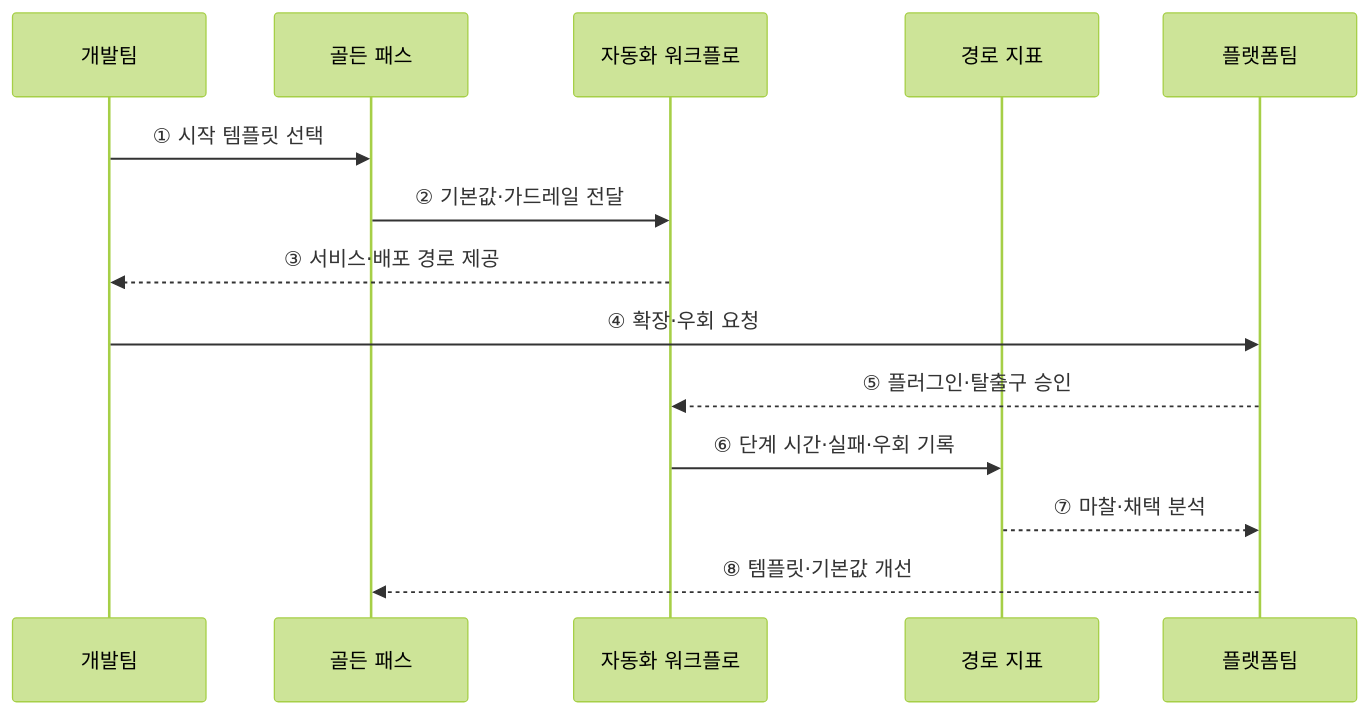
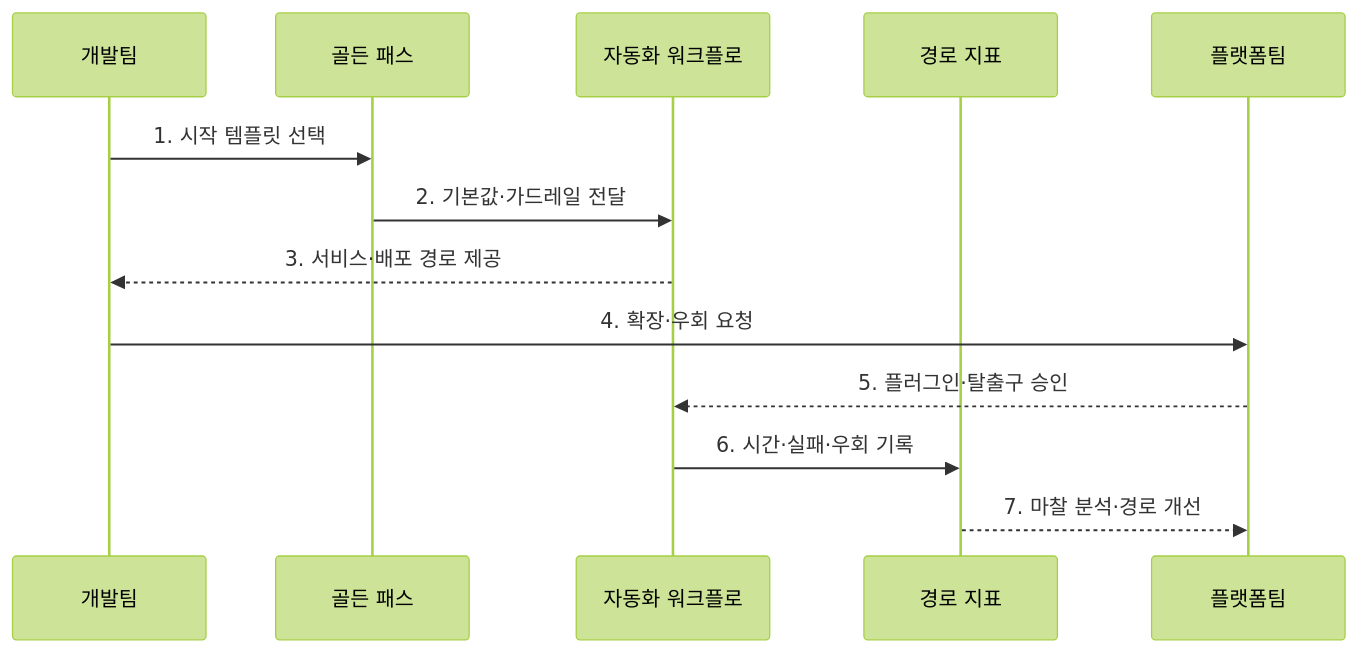
Before and after one commit to agnusdei1207/knowledge-base: the second of 2 diagrams in src/content/docs/notes/03-software/083_internal_developer_platform_golden_path.md, drawn with Mermaid (forest theme). The commit also changed other lines of this file and 20 other files, not shown here.

````diff
--- a/src/content/docs/notes/03-software/083_internal_developer_platform_golden_path.md
+++ b/src/content/docs/notes/03-software/083_internal_developer_platform_golden_path.md
@@ -68,16 +79,15 @@
 ```mermaid
 sequenceDiagram
     participant D as 개발팀
     participant P as 골든 패스
     participant W as 자동화 워크플로
     participant M as 경로 지표
     participant A as 플랫폼팀
-    D->>P: ① 시작 템플릿 선택
-    P->>W: ② 기본값·가드레일 전달
-    W-->>D: ③ 서비스·배포 경로 제공
-    D->>A: ④ 확장·우회 요청
-    A-->>W: ⑤ 플러그인·탈출구 승인
-    W->>M: ⑥ 단계 시간·실패·우회 기록
-    M-->>A: ⑦ 마찰·채택 분석
-    A-->>P: ⑧ 템플릿·기본값 개선
+    D->>P: 1. 시작 템플릿 선택
+    P->>W: 2. 기본값·가드레일 전달
+    W-->>D: 3. 서비스·배포 경로 제공
+    D->>A: 4. 확장·우회 요청
+    A-->>W: 5. 플러그인·탈출구 승인
+    W->>M: 6. 시간·실패·우회 기록
+    M-->>A: 7. 마찰 분석·경로 개선
 ```
````
